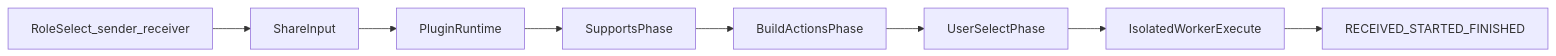
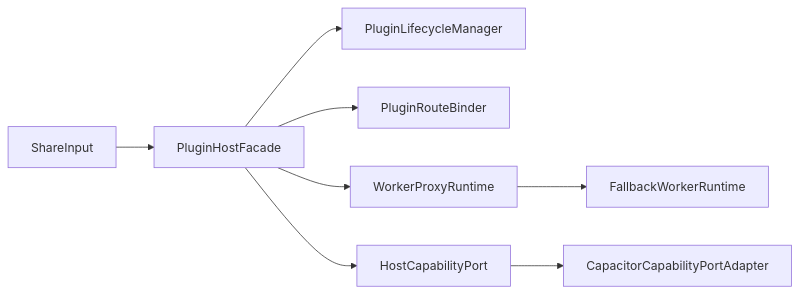
The second of 2 diagrams in ai-docs/main/plugin-runtime-design.md (synra-app/synra), drawn with Mermaid before and after one commit. The commit also changed other lines of this file and 31 other files, not shown here.

````diff
--- a/ai-docs/main/plugin-runtime-design.md
+++ b/ai-docs/main/plugin-runtime-design.md
@@ -92,10 +80,10 @@
 ```mermaid
 flowchart LR
-  roleSelect[RoleSelect_sender_receiver] --> inputData[ShareInput]
-  inputData --> pluginRuntime[PluginRuntime]
-  pluginRuntime --> supportsPhase[SupportsPhase]
-  supportsPhase --> actionBuildPhase[BuildActionsPhase]
-  actionBuildPhase --> userSelectPhase[UserSelectPhase]
-  userSelectPhase --> isolatedExec[IsolatedWorkerExecute]
-  isolatedExec --> receiptStages[RECEIVED_STARTED_FINISHED]
+  inputData[ShareInput] --> pluginHost[PluginHostFacade]
+  pluginHost --> lifecycleMgr[PluginLifecycleManager]
+  pluginHost --> routeBinder[PluginRouteBinder]
+  pluginHost --> workerRuntime[WorkerProxyRuntime]
+  workerRuntime --> fallbackRuntime[FallbackWorkerRuntime]
+  pluginHost --> capabilityPort[HostCapabilityPort]
+  capabilityPort --> capacitorAdapter[CapacitorCapabilityPortAdapter]
 ```
````
